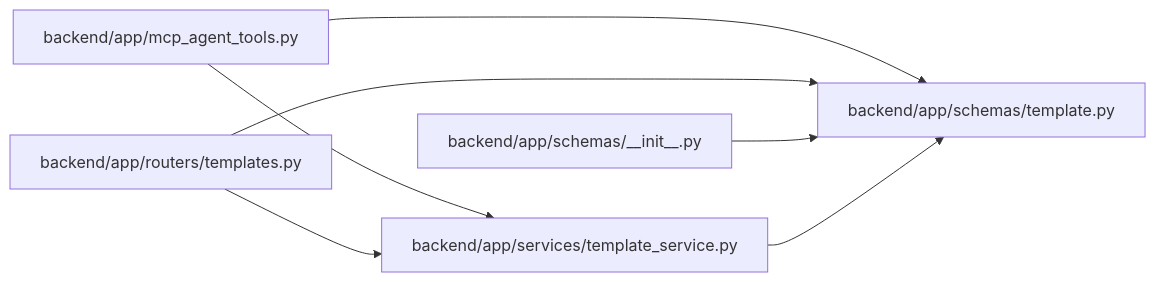
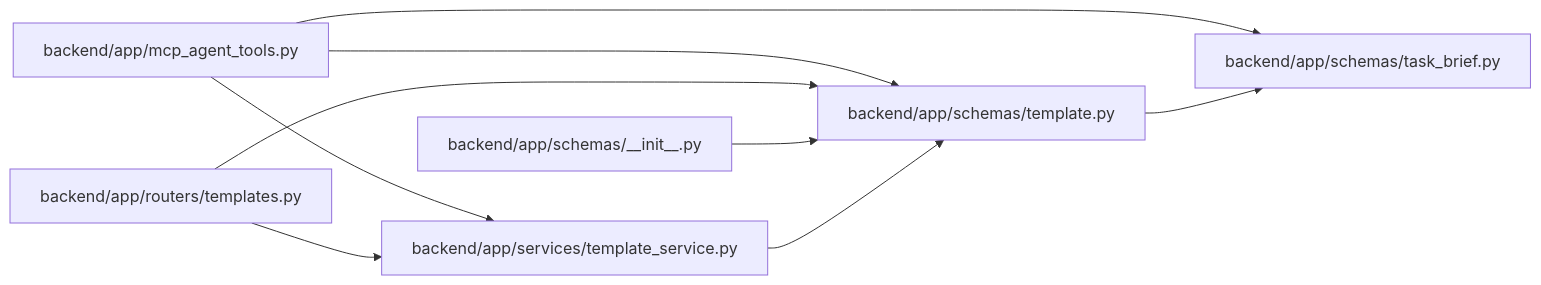
The diagram in docs/llm_wiki/modules/schemas_template.md (Denissvgn/WorkChord), drawn with Mermaid before and after one commit. The commit also changed other lines of this file and 1238 other files, not shown here.

First line of the commit message:
docs(wiki): publish compact canonical domain architecture

````diff
--- a/docs/llm_wiki/modules/schemas_template.md
+++ b/docs/llm_wiki/modules/schemas_template.md
@@ -21,19 +22,23 @@
 ```mermaid
 flowchart LR
     n0["backend/app/mcp_agent_tools.py"]
     n1["backend/app/routers/templates.py"]
     n2["backend/app/schemas/__init__.py"]
-    n3["backend/app/schemas/template.py"]
-    n4["backend/app/services/template_service.py"]
+    n3["backend/app/schemas/task_brief.py"]
+    n4["backend/app/schemas/template.py"]
+    n5["backend/app/services/template_service.py"]
     n0 --> n3
     n0 --> n4
-    n1 --> n3
+    n0 --> n5
     n1 --> n4
-    n2 --> n3
+    n1 --> n5
+    n2 --> n4
     n4 --> n3
+    n5 --> n4
     click n0 "../modules/mcp_agent_tools.md"
     click n1 "../modules/templates.md"
     click n2 "../modules/schemas___init__.md"
-    click n3 "../modules/schemas_template.md"
-    click n4 "../modules/template_service.md"
+    click n3 "../modules/schemas_task_brief.md"
+    click n4 "../modules/schemas_template.md"
+    click n5 "../modules/template_service.md"
 ```
````
